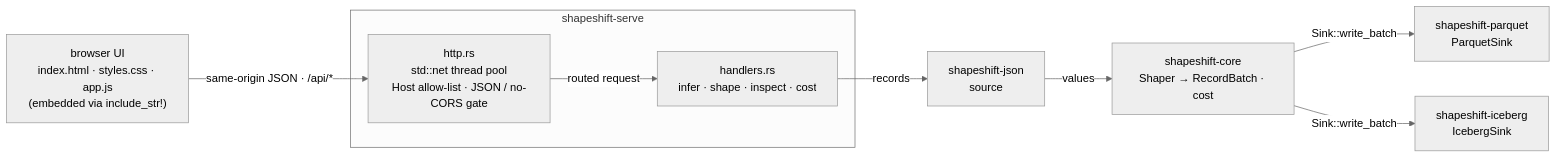
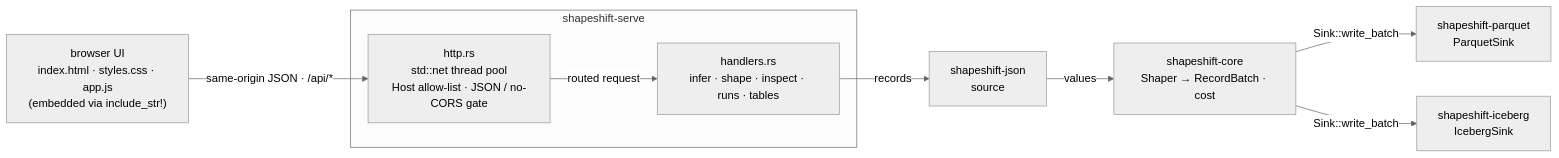
One commit to lucheeseng827/shapeshift changed the first of 2 diagrams in shapeshift-serve/README.md. Above: the diagram before and after it, drawn with Mermaid (neutral theme). The commit also changed other lines of this file and 73 other files, not shown here.

````diff
--- a/shapeshift-serve/README.md
+++ b/shapeshift-serve/README.md
@@ -36,19 +39,19 @@
 ```mermaid
 flowchart LR
     browser["browser UI<br/>index.html · styles.css · app.js<br/>(embedded via include_str!)"]
     subgraph serve["shapeshift-serve"]
         http["http.rs<br/>std::net thread pool<br/>Host allow-list · JSON / no-CORS gate"]
-        handlers["handlers.rs<br/>infer · shape · inspect · cost"]
+        handlers["handlers.rs<br/>infer · shape · inspect · runs · tables"]
     end
     json["shapeshift-json<br/>source"]
     core["shapeshift-core<br/>Shaper → RecordBatch · cost"]
     pq["shapeshift-parquet<br/>ParquetSink"]
     ice["shapeshift-iceberg<br/>IcebergSink"]
 
     browser -->|"same-origin JSON · /api/*"| http
     http -->|"routed request"| handlers
     handlers -->|records| json
     json -->|values| core
     core -->|"Sink::write_batch"| pq
     core -->|"Sink::write_batch"| ice
 ```
````
